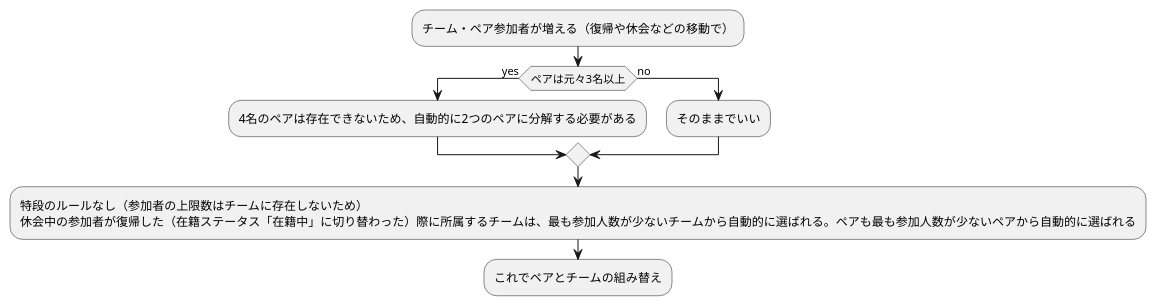
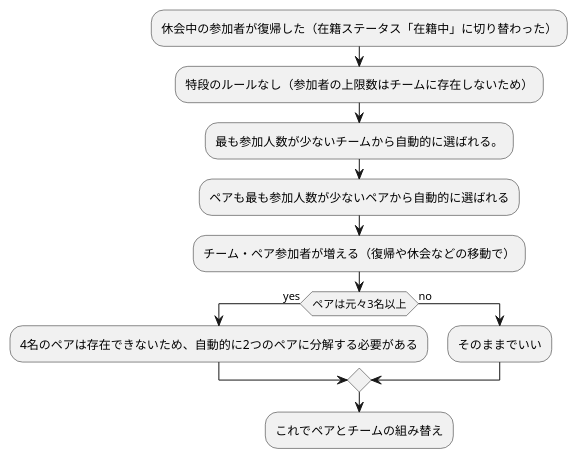
Before and after one commit to kai815/praha-challenge-extra-large-task: the diagram in modeling/team-pair- increase-sequence.md, drawn with PlantUML.

Commit message:
チームとペアの増加のロジック変更

````diff
--- a/modeling/team-pair- increase-sequence.md
+++ b/modeling/team-pair- increase-sequence.md
@@ -1,13 +1,15 @@
 ```uml
 @startuml
+:休会中の参加者が復帰した（在籍ステータス「在籍中」に切り替わった）;
+:特段のルールなし（参加者の上限数はチームに存在しないため）;
+:最も参加人数が少ないチームから自動的に選ばれる。;
+:ペアも最も参加人数が少ないペアから自動的に選ばれる;
 :チーム・ペア参加者が増える（復帰や休会などの移動で）;
 if (ペアは元々3名以上) then (yes)
   :4名のペアは存在できないため、自動的に2つのペアに分解する必要がある;
 else (no)
   :そのままでいい;
 endif
-:特段のルールなし（参加者の上限数はチームに存在しないため）
-休会中の参加者が復帰した（在籍ステータス「在籍中」に切り替わった）際に所属するチームは、最も参加人数が少ないチームから自動的に選ばれる。ペアも最も参加人数が少ないペアから自動的に選ばれる;
 :これでペアとチームの組み替え;
 @enduml
 ```
````
